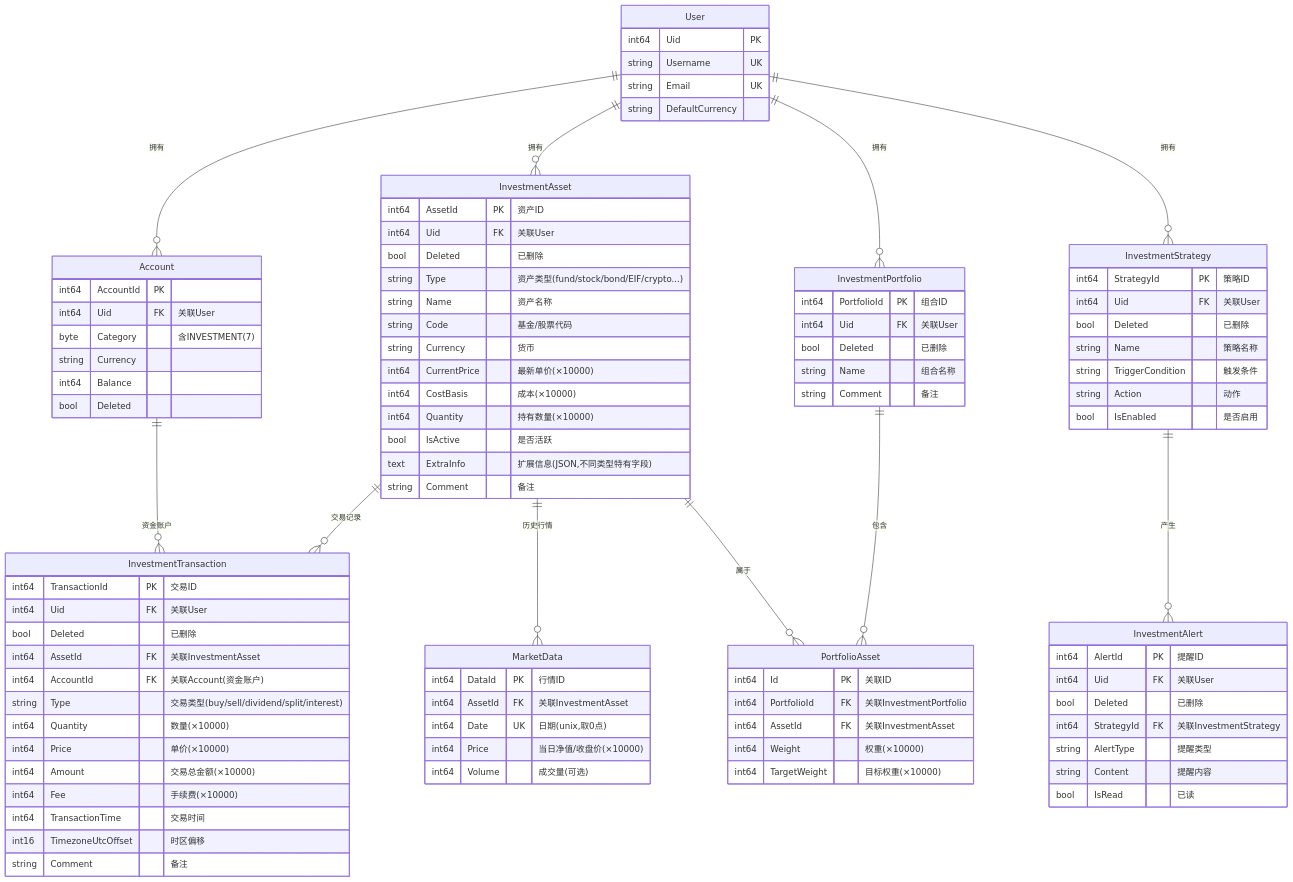
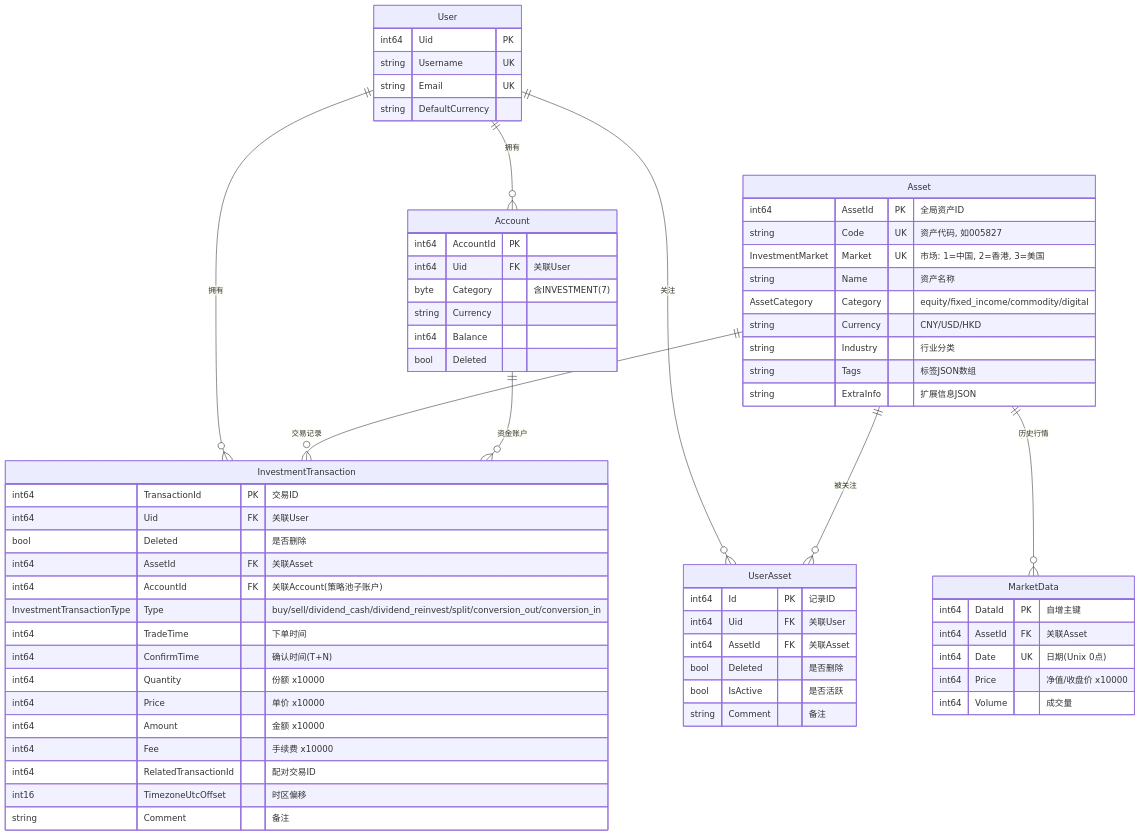
The second of 3 diagrams in docs/ER_DIAGRAM.md (ssssbw/ezbookkeeping_ssssbw), drawn with Mermaid before and after one commit. The commit also changed other lines of this file and 10 other files, not shown here.

First line of the commit message:
refactor: 数据库设计修复 + 清理旧 InvestmentAsset 体系

````diff
--- a/docs/ER_DIAGRAM.md
+++ b/docs/ER_DIAGRAM.md
@@ -216,91 +216,59 @@
         bool Deleted
     }
 
-    InvestmentAsset {
-        int64 AssetId PK "资产ID"
+    Asset {
+        int64 AssetId PK "全局资产ID"
+        string Code UK "资产代码, 如005827"
+        InvestmentMarket Market UK "市场: 1=中国, 2=香港, 3=美国"
+        string Name "资产名称"
+        AssetCategory Category "equity/fixed_income/commodity/digital"
+        string Currency "CNY/USD/HKD"
+        string Industry "行业分类"
+        string Tags "标签JSON数组"
+        string ExtraInfo "扩展信息JSON"
+    }
+
+    UserAsset {
+        int64 Id PK "记录ID"
         int64 Uid FK "关联User"
-        bool Deleted "已删除"
-        string Type "资产类型(fund/stock/bond/EIF/crypto...)"
-        string Name "资产名称"
-        string Code "基金/股票代码"
-        string Currency "货币"
-        int64 CurrentPrice "最新单价(×10000)"
-        int64 CostBasis "成本(×10000)"
-        int64 Quantity "持有数量(×10000)"
+        int64 AssetId FK "关联Asset"
+        bool Deleted "是否删除"
         bool IsActive "是否活跃"
-        text ExtraInfo "扩展信息(JSON,不同类型特有字段)"
         string Comment "备注"
     }
 
     InvestmentTransaction {
         int64 TransactionId PK "交易ID"
         int64 Uid FK "关联User"
-        bool Deleted "已删除"
-        int64 AssetId FK "关联InvestmentAsset"
-        int64 AccountId FK "关联Account(资金账户)"
-        string Type "交易类型(buy/sell/dividend/split/interest)"
-        int64 Quantity "数量(×10000)"
-        int64 Price "单价(×10000)"
-        int64 Amount "交易总金额(×10000)"
-        int64 Fee "手续费(×10000)"
-        int64 TransactionTime "交易时间"
+        bool Deleted "是否删除"
+        int64 AssetId FK "关联Asset"
+        int64 AccountId FK "关联Account(策略池子账户)"
+        InvestmentTransactionType Type "buy/sell/dividend_cash/dividend_reinvest/split/conversion_out/conversion_in"
+        int64 TradeTime "下单时间"
+        int64 ConfirmTime "确认时间(T+N)"
+        int64 Quantity "份额 x10000"
+        int64 Price "单价 x10000"
+        int64 Amount "金额 x10000"
+        int64 Fee "手续费 x10000"
+        int64 RelatedTransactionId "配对交易ID"
         int16 TimezoneUtcOffset "时区偏移"
         string Comment "备注"
     }
 
     MarketData {
-        int64 DataId PK "行情ID"
-        int64 AssetId FK "关联InvestmentAsset"
-        int64 Date UK "日期(unix,取0点)"
-        int64 Price "当日净值/收盘价(×10000)"
-        int64 Volume "成交量(可选)"
-    }
-
-    InvestmentPortfolio {
-        int64 PortfolioId PK "组合ID"
-        int64 Uid FK "关联User"
-        bool Deleted "已删除"
-        string Name "组合名称"
-        string Comment "备注"
-    }
-
-    PortfolioAsset {
-        int64 Id PK "关联ID"
-        int64 PortfolioId FK "关联InvestmentPortfolio"
-        int64 AssetId FK "关联InvestmentAsset"
-        int64 Weight "权重(×10000)"
-        int64 TargetWeight "目标权重(×10000)"
-    }
-
-    InvestmentStrategy {
-        int64 StrategyId PK "策略ID"
-        int64 Uid FK "关联User"
-        bool Deleted "已删除"
-        string Name "策略名称"
-        string TriggerCondition "触发条件"
-        string Action "动作"
-        bool IsEnabled "是否启用"
-    }
-
-    InvestmentAlert {
-        int64 AlertId PK "提醒ID"
-        int64 Uid FK "关联User"
-        bool Deleted "已删除"
-        int64 StrategyId FK "关联InvestmentStrategy"
-        string AlertType "提醒类型"
-        string Content "提醒内容"
-        bool IsRead "已读"
+        int64 DataId PK "自增主键"
+        int64 AssetId FK "关联Asset"
+        int64 Date UK "日期(Unix 0点)"
+        int64 Price "净值/收盘价 x10000"
+        int64 Volume "成交量"
     }
 
     User ||--o{ Account : "拥有"
-    User ||--o{ InvestmentAsset : "拥有"
-    User ||--o{ InvestmentPortfolio : "拥有"
-    User ||--o{ InvestmentStrategy : "拥有"
+    User ||--o{ UserAsset : "关注"
+    User ||--o{ InvestmentTransaction : "拥有"
 
-    InvestmentAsset ||--o{ InvestmentTransaction : "交易记录"
-    InvestmentAsset ||--o{ MarketData : "历史行情"
+    Asset ||--o{ UserAsset : "被关注"
+    Asset ||--o{ InvestmentTransaction : "交易记录"
+    Asset ||--o{ MarketData : "历史行情"
     Account ||--o{ InvestmentTransaction : "资金账户"
-    InvestmentPortfolio ||--o{ PortfolioAsset : "包含"
-    InvestmentAsset ||--o{ PortfolioAsset : "属于"
-    InvestmentStrategy ||--o{ InvestmentAlert : "产生"
 ```
````
